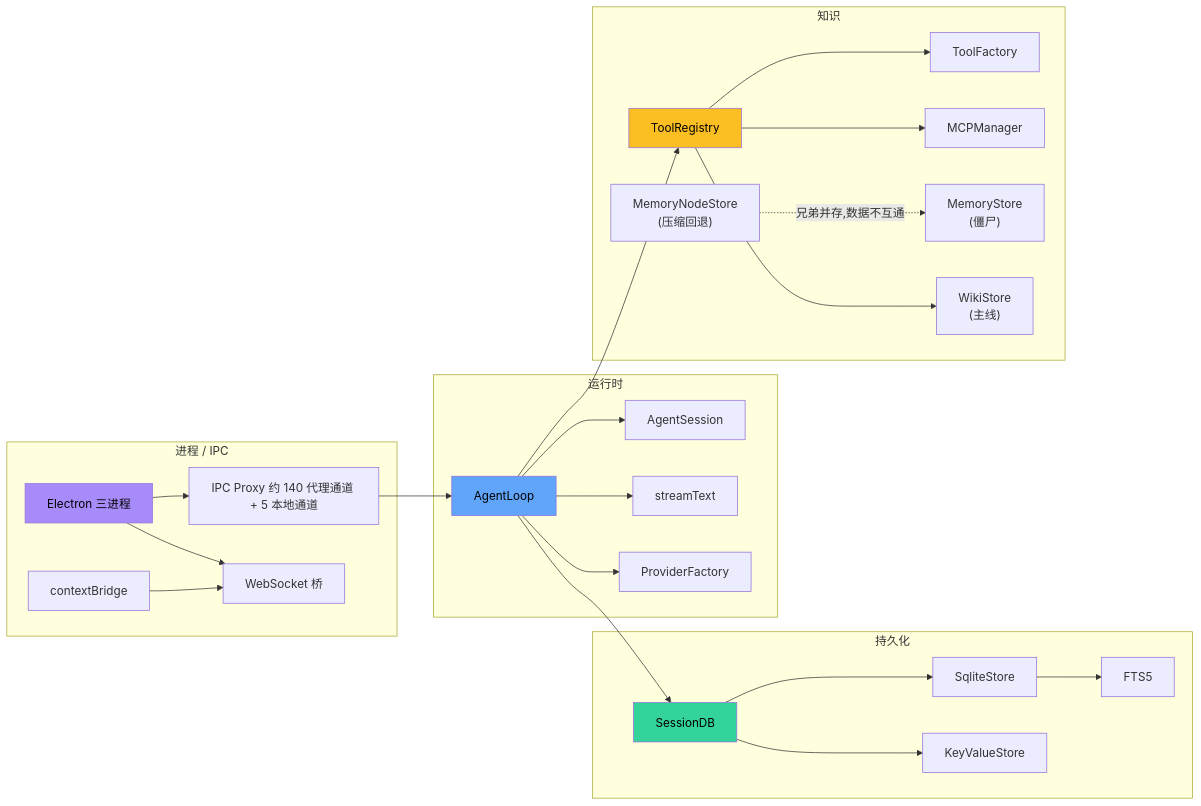
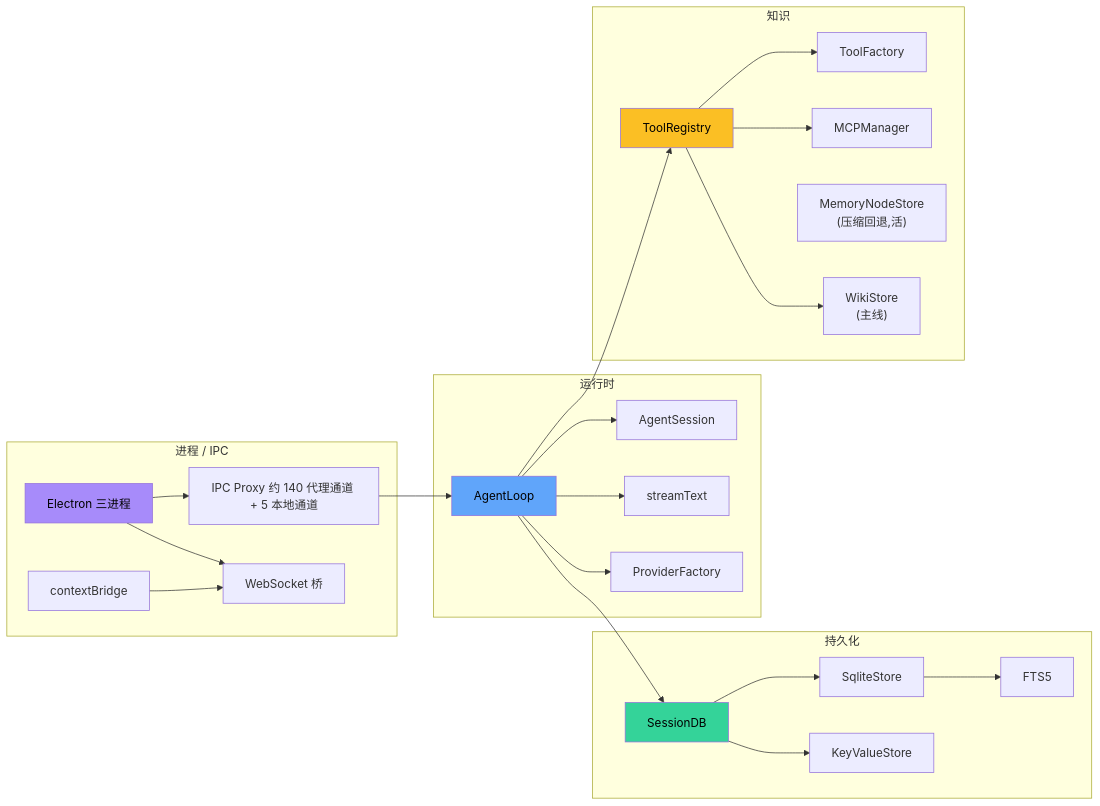
One commit to LanicBlue/zero-core changed the first of 2 diagrams in docs/arch/12-glossary.md. Above: the diagram before and after it, drawn with Mermaid. The commit also changed other lines of this file and 7 other files, not shown here.

First line of the commit message:
docs: 同步 MemoryStore 清理 + tool-policy 死代码删除

````diff
--- a/docs/arch/12-glossary.md
+++ b/docs/arch/12-glossary.md
@@ -7,54 +7,52 @@
 ```mermaid
 graph LR
     subgraph "进程 / IPC"
         P1[Electron 三进程]
         P2[IPC Proxy 约 140 代理通道 + 5 本地通道]
         P3[WebSocket 桥]
         P4[contextBridge]
     end
     P1 --> P2
     P1 --> P3
     P4 --> P3
 
     subgraph "运行时"
         R1[AgentLoop]
         R2[AgentSession]
         R3[streamText]
         R4[ProviderFactory]
         R1 --> R2
         R1 --> R3
         R1 --> R4
     end
 
     subgraph "持久化"
         S1[SessionDB]
         S2[SqliteStore]
         S3[KeyValueStore]
         S4[FTS5]
         S1 --> S2
         S1 --> S3
         S2 --> S4
     end
 
     subgraph "知识"
         K1[ToolRegistry]
         K2[ToolFactory]
         K3[MCPManager]
-        K4["MemoryNodeStore<br/>(压缩回退)"]
-        K5["MemoryStore<br/>(僵尸)"]
+        K4["MemoryNodeStore<br/>(压缩回退,活)"]
         K6["WikiStore<br/>(主线)"]
         K1 --> K2
         K1 --> K3
         K1 --> K6
-        K4 -. 兄弟并存,数据不互通 .-> K5
     end
 
     P2 --> R1
     R1 --> S1
     R1 --> K1
 
     style P1 fill:#a78bfa,color:#000
     style R1 fill:#60a5fa,color:#000
     style S1 fill:#34d399,color:#000
     style K1 fill:#fbbf24,color:#000
 ```
````
